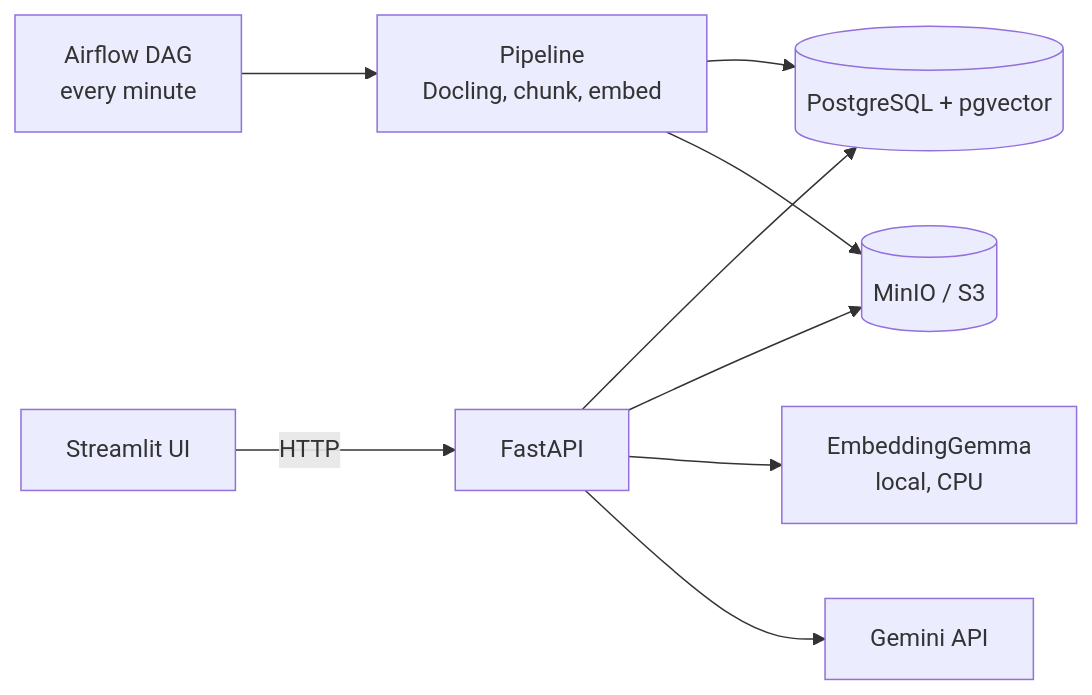
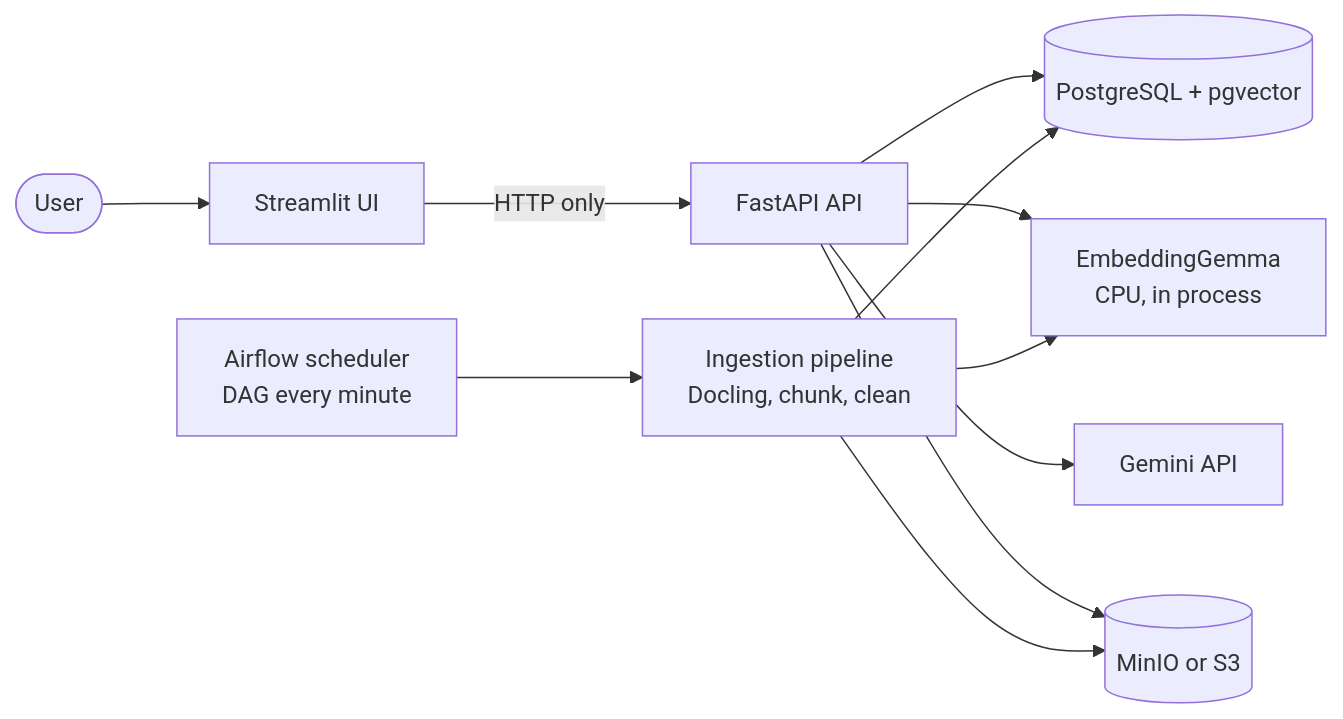
The first of 3 diagrams in README.md (akaoukaou4/enterprise-doc-intelligence), drawn with Mermaid before and after one commit. The commit also changed other lines of this file, not shown here.

Commit message:
Update architecture diagrams

````diff
--- a/README.md
+++ b/README.md
@@ -42,11 +46,13 @@
 ```mermaid
 flowchart LR
-    UI[Streamlit UI] -->|HTTP| API[FastAPI]
-    API --> DB[(PostgreSQL + pgvector)]
-    API --> S3[(MinIO / S3)]
-    API --> EMB[EmbeddingGemma<br/>local, CPU]
-    API --> LLM[Gemini API]
-    AF[Airflow DAG<br/>every minute] --> PIPE[Pipeline<br/>Docling, chunk, embed]
-    PIPE --> DB
-    PIPE --> S3
+    user([User]) --> UI[Streamlit UI]
+    UI -->|HTTP only| API[FastAPI API]
+    API --> PG[(PostgreSQL + pgvector)]
+    API --> EMB[EmbeddingGemma<br/>CPU, in process]
+    API --> GEM[Gemini API]
+    API --> STORE[(MinIO or S3)]
+    AF[Airflow scheduler<br/>DAG every minute] --> PIPE[Ingestion pipeline<br/>Docling, chunk, clean]
+    PIPE --> STORE
+    PIPE --> EMB
+    PIPE --> PG
 ```
````
